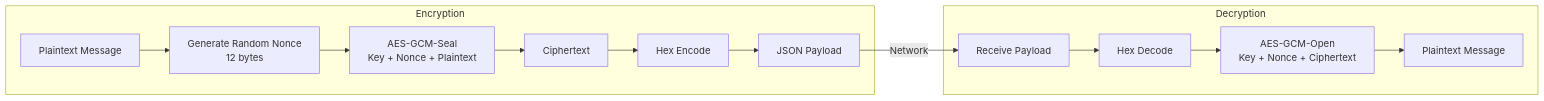
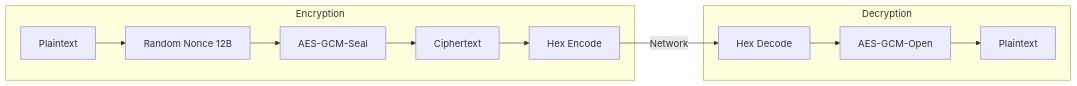
The eighth of 9 diagrams in README.md (amafjarkasi/yggchat), drawn with Mermaid before and after one commit. The commit also changed other lines of this file, not shown here.

````diff
--- a/README.md
+++ b/README.md
@@ -825,18 +823,16 @@
 ```mermaid
 flowchart LR
     subgraph Encryption
-        A[Plaintext Message] --> B[Generate Random Nonce<br/>12 bytes]
-        B --> C[AES-GCM-Seal<br/>Key + Nonce + Plaintext]
+        A[Plaintext] --> B[Random Nonce 12B]
+        B --> C[AES-GCM-Seal]
         C --> D[Ciphertext]
         D --> E[Hex Encode]
-        E --> F[JSON Payload]
     end
     
     subgraph Decryption
-        G[Receive Payload] --> H[Hex Decode]
-        H --> I[AES-GCM-Open<br/>Key + Nonce + Ciphertext]
-        I --> J[Plaintext Message]
+        F[Hex Decode] --> G[AES-GCM-Open]
+        G --> H[Plaintext]
     end
     
-    F -->|Network| G
+    E -->|Network| F
 ```
````
